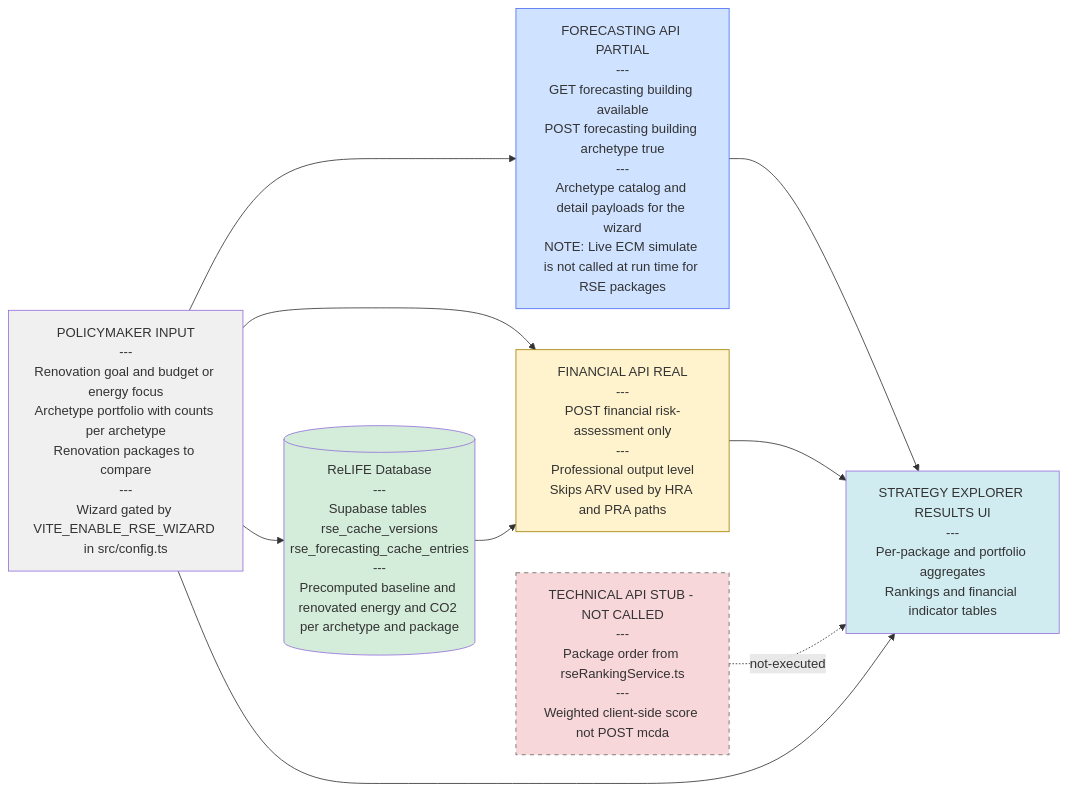
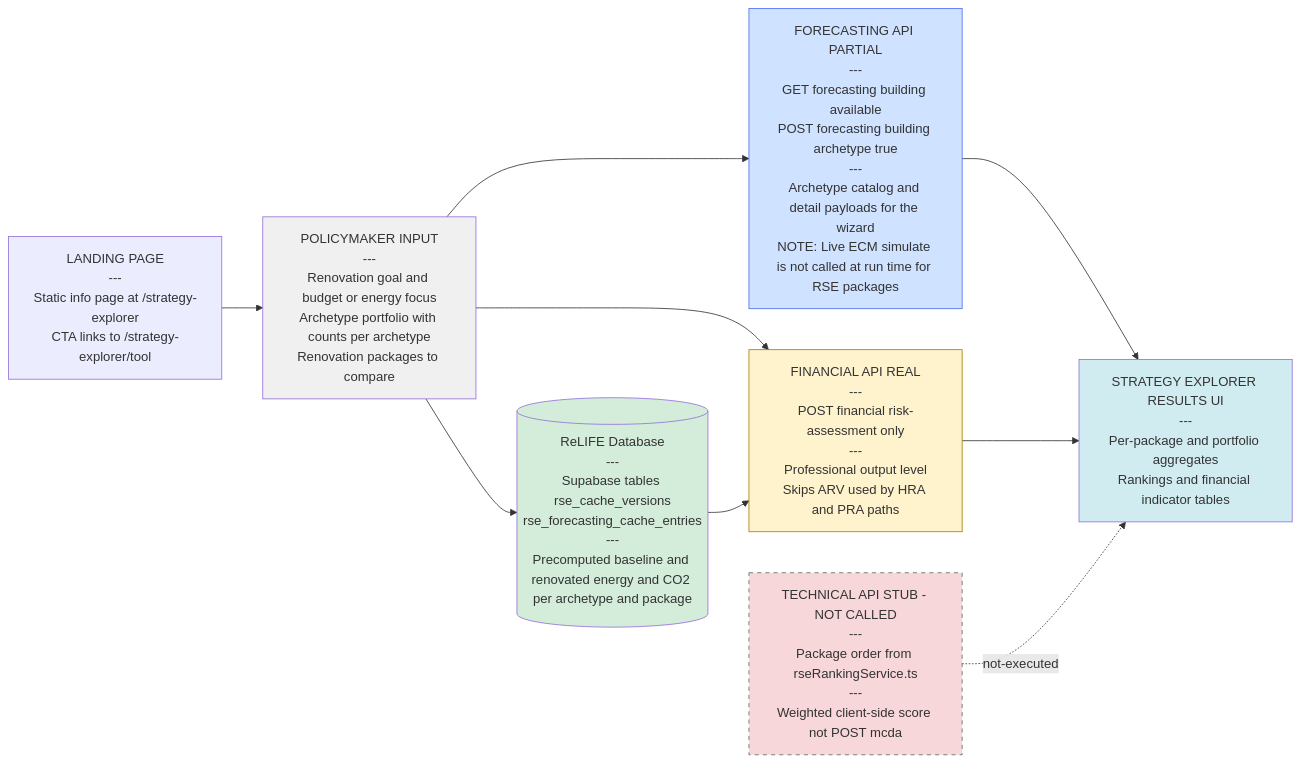
The sixth of 6 diagrams in README.md (ReLIFE-Project-EU/relife-web-ui), drawn with Mermaid before and after one commit. The commit also changed other lines of this file and 5 other files, not shown here.

Commit message:
✨ Split Strategy Explorer into landing and tool routes

````diff
--- a/README.md
+++ b/README.md
@@ -237,30 +232,31 @@
 ```mermaid
 flowchart LR
-    PolicyInput["POLICYMAKER INPUT<br/>---<br/>Renovation goal and budget or energy focus<br/>Archetype portfolio with counts per archetype<br/>Renovation packages to compare<br/>---<br/>Wizard gated by VITE_ENABLE_RSE_WIZARD in src/config.ts"]
+    PolicyInput["POLICYMAKER INPUT<br/>---<br/>Renovation goal and budget or energy focus<br/>Archetype portfolio with counts per archetype<br/>Renovation packages to compare"]
+    LandingPage["LANDING PAGE<br/>---<br/>Static info page at /strategy-explorer<br/>CTA links to /strategy-explorer/tool"]
 
     DB[("ReLIFE Database<br/>---<br/>Supabase tables rse_cache_versions<br/>rse_forecasting_cache_entries<br/>---<br/>Precomputed baseline and renovated energy and CO2 per archetype and package")]
 
     Forecasting["FORECASTING API PARTIAL<br/>---<br/>GET forecasting building available<br/>POST forecasting building archetype true<br/>---<br/>Archetype catalog and detail payloads for the wizard<br/>NOTE: Live ECM simulate is not called at run time for RSE packages"]
 
     Financial["FINANCIAL API REAL<br/>---<br/>POST financial risk-assessment only<br/>---<br/>Professional output level<br/>Skips ARV used by HRA and PRA paths"]
 
     Technical["TECHNICAL API STUB - NOT CALLED<br/>---<br/>Package order from rseRankingService.ts<br/>---<br/>Weighted client-side score not POST mcda"]
 
     PolicyUI["STRATEGY EXPLORER RESULTS UI<br/>---<br/>Per-package and portfolio aggregates<br/>Rankings and financial indicator tables"]
 
+    LandingPage --> PolicyInput
     PolicyInput --> Forecasting
     PolicyInput --> DB
     PolicyInput --> Financial
     DB --> Financial
     Forecasting --> PolicyUI
     Financial --> PolicyUI
     Technical -. not-executed .-> PolicyUI
-    PolicyInput --> PolicyUI
 
     style PolicyInput fill:#f0f0f0
     style DB fill:#d4edda
     style Forecasting fill:#cfe2ff,stroke:#4c6ef5
     style Financial fill:#fff3cd,stroke:#a37f00
     style Technical fill:#f8d7da,stroke:#666,stroke-dasharray: 5 5
     style PolicyUI fill:#d1ecf1
 ```
````
